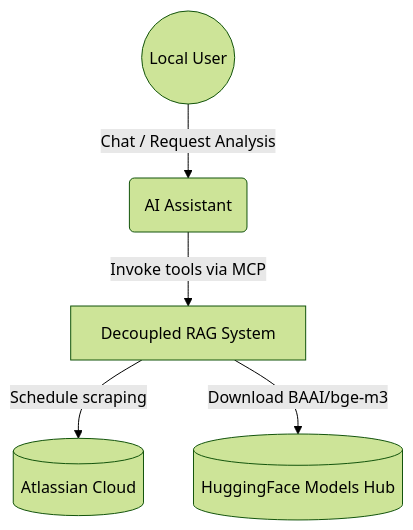
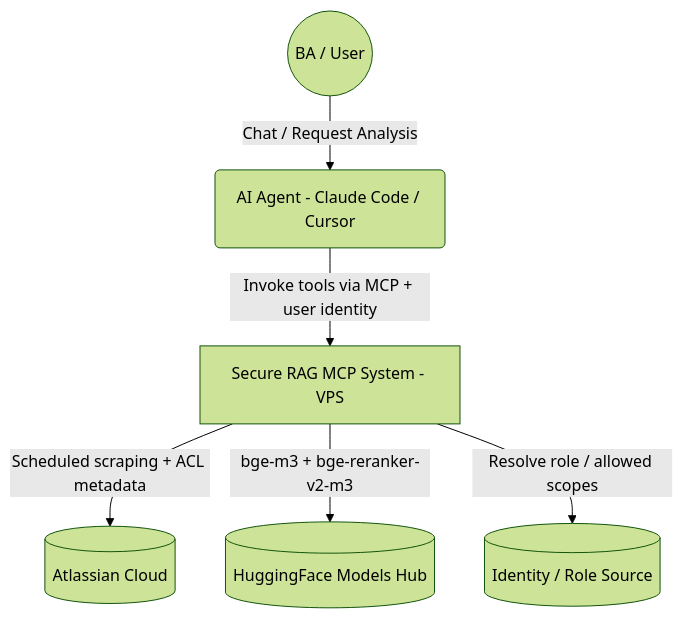
One commit to cachep-xidau/MCP-server changed the first of 5 diagrams in README.md. Above: the diagram before and after it, drawn with Mermaid (forest theme). The commit also changed other lines of this file, not shown here.

First line of the commit message:
refactor(architecture): consolidate to VPS-only RAG with RBAC/ACL and reranking

````diff
--- a/README.md
+++ b/README.md
@@ -22,13 +24,15 @@
 ```mermaid
 graph TD
-    User((Local User))
-    Antigravity(AI Assistant)
-    RAG_System[Decoupled RAG System]
+    User((BA / User))
+    Agent(AI Agent - Claude Code / Cursor)
+    RAG_System[Secure RAG MCP System - VPS]
     Atlassian[(Atlassian Cloud)]
     HuggingFace[(HuggingFace Models Hub)]
+    IdP[(Identity / Role Source)]
 
-    User -->|Chat / Request Analysis| Antigravity
-    Antigravity -->|Invoke tools via MCP| RAG_System
-    RAG_System -->|Schedule scraping| Atlassian
-    RAG_System -->|Download BAAI/bge-m3| HuggingFace
+    User -->|Chat / Request Analysis| Agent
+    Agent -->|Invoke tools via MCP + user identity| RAG_System
+    RAG_System -->|Scheduled scraping + ACL metadata| Atlassian
+    RAG_System -->|bge-m3 + bge-reranker-v2-m3| HuggingFace
+    RAG_System -->|Resolve role / allowed scopes| IdP
 ```
````
